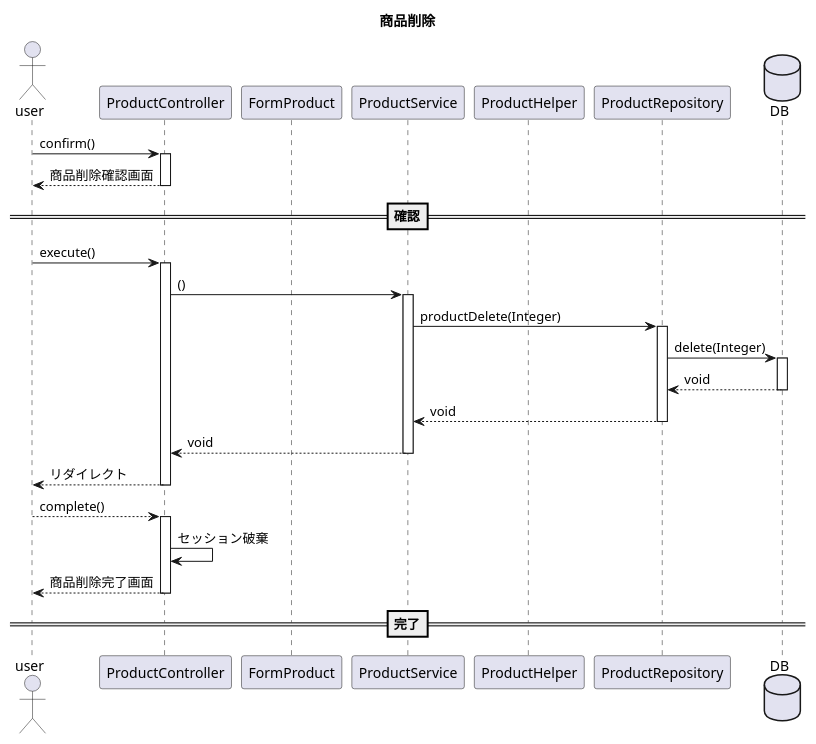
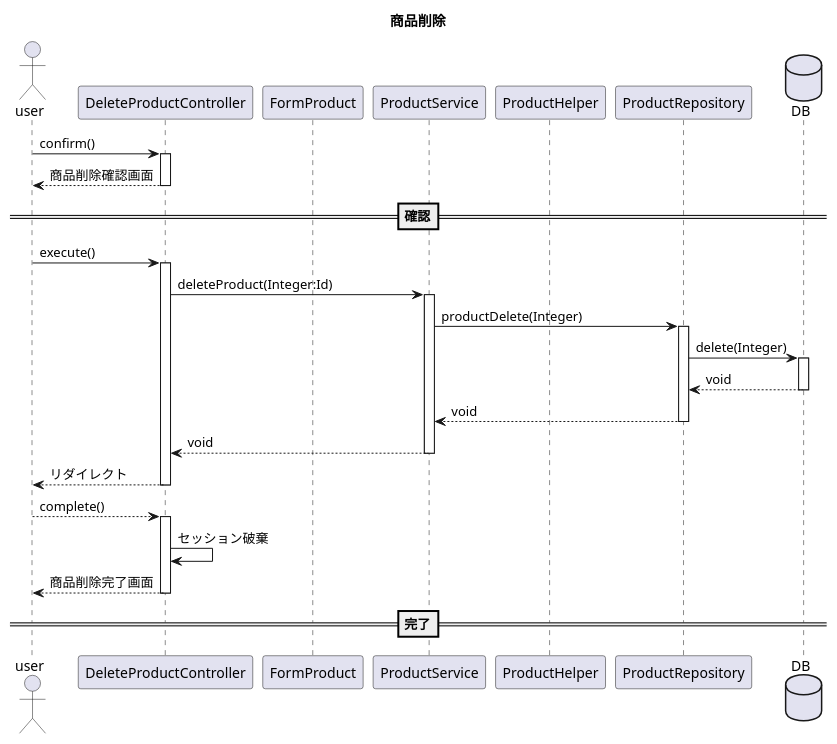
The diagram in plan/uml/sequence/uc013.plantuml (kanavii3333/ec-b), drawn with PlantUML before and after one commit. The commit also changed 5 other files, not shown here.

Commit message:
uc009~014.plantuml　修正

```diff
--- a/plan/uml/sequence/uc013.plantuml
+++ b/plan/uml/sequence/uc013.plantuml
@@ -1,27 +1,27 @@
 @startuml
 title 商品削除
 actor user
-participant ProductController as Controller
+participant DeleteProductController as Controller
 participant FormProduct as Form
 participant ProductService as Service
 participant ProductHelper as Helper
 participant ProductRepository as Repository
 database DB
 
 
 user -> Controller++:confirm()
 user <-- Controller--:商品削除確認画面
 ==確認==
 user -> Controller++:execute()
-Controller -> Service++:()
+Controller -> Service++:deleteProduct(Integer:Id)
 Service -> Repository++:productDelete(Integer)
 Repository -> DB++:delete(Integer)
 Repository <-- DB--:void
 Service <-- Repository--:void
 Controller <-- Service--:void
 user <-- Controller--:リダイレクト
 user --> Controller++:complete()
 Controller -> Controller:セッション破棄
 user <-- Controller--:商品削除完了画面
 ==完了==
 @enduml
```
